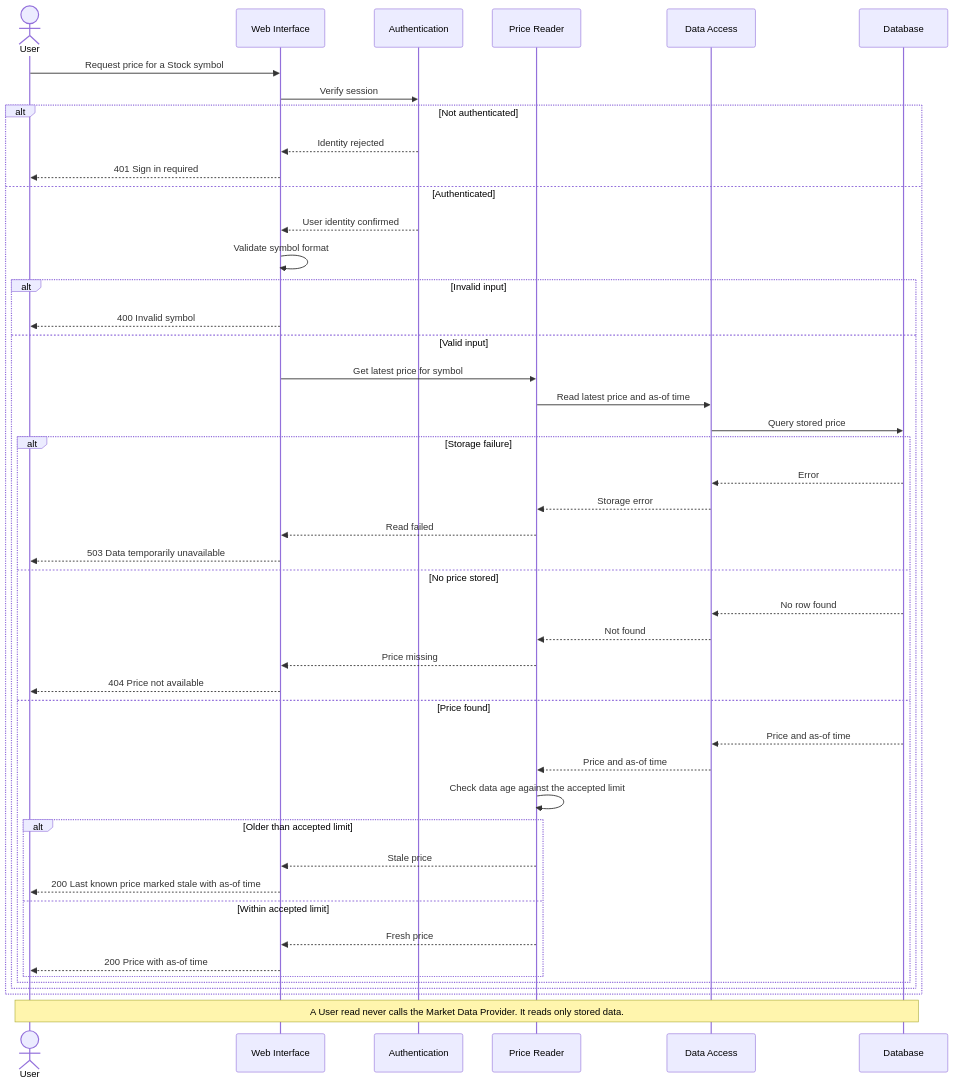
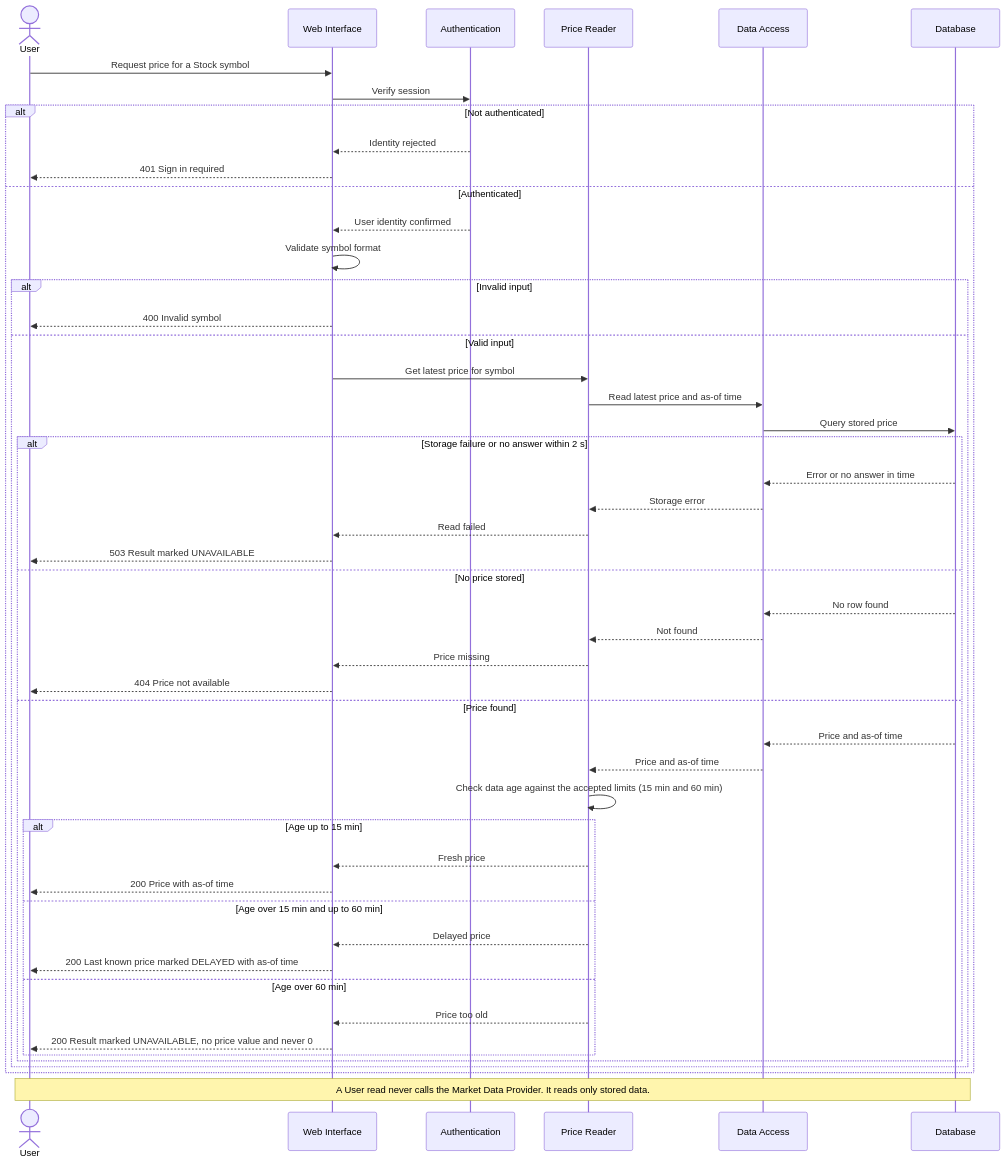
Before and after one commit to sainciucbeatricie/psi-labs: the fifth of 6 diagrams in lab3.md, drawn with Mermaid. The commit also changed other lines of this file, not shown here.

````diff
--- a/lab3.md
+++ b/lab3.md
@@ -155,49 +167,52 @@
 ```mermaid
 sequenceDiagram
     actor U as User
     participant W as Web Interface
     participant A as Authentication
     participant R as Price Reader
     participant X as Data Access
     participant D as Database
 
     U->>W: Request price for a Stock symbol
     W->>A: Verify session
     alt Not authenticated
         A-->>W: Identity rejected
         W-->>U: 401 Sign in required
     else Authenticated
         A-->>W: User identity confirmed
         W->>W: Validate symbol format
         alt Invalid input
             W-->>U: 400 Invalid symbol
         else Valid input
             W->>R: Get latest price for symbol
             R->>X: Read latest price and as-of time
             X->>D: Query stored price
-            alt Storage failure
-                D-->>X: Error
+            alt Storage failure or no answer within 2 s
+                D-->>X: Error or no answer in time
                 X-->>R: Storage error
                 R-->>W: Read failed
-                W-->>U: 503 Data temporarily unavailable
+                W-->>U: 503 Result marked UNAVAILABLE
             else No price stored
                 D-->>X: No row found
                 X-->>R: Not found
                 R-->>W: Price missing
                 W-->>U: 404 Price not available
             else Price found
                 D-->>X: Price and as-of time
                 X-->>R: Price and as-of time
-                R->>R: Check data age against the accepted limit
-                alt Older than accepted limit
-                    R-->>W: Stale price
-                    W-->>U: 200 Last known price marked stale with as-of time
-                else Within accepted limit
+                R->>R: Check data age against the accepted limits (15 min and 60 min)
+                alt Age up to 15 min
                     R-->>W: Fresh price
                     W-->>U: 200 Price with as-of time
+                else Age over 15 min and up to 60 min
+                    R-->>W: Delayed price
+                    W-->>U: 200 Last known price marked DELAYED with as-of time
+                else Age over 60 min
+                    R-->>W: Price too old
+                    W-->>U: 200 Result marked UNAVAILABLE, no price value and never 0
                 end
             end
         end
     end
     Note over U,D: A User read never calls the Market Data Provider. It reads only stored data.
 ```
````
